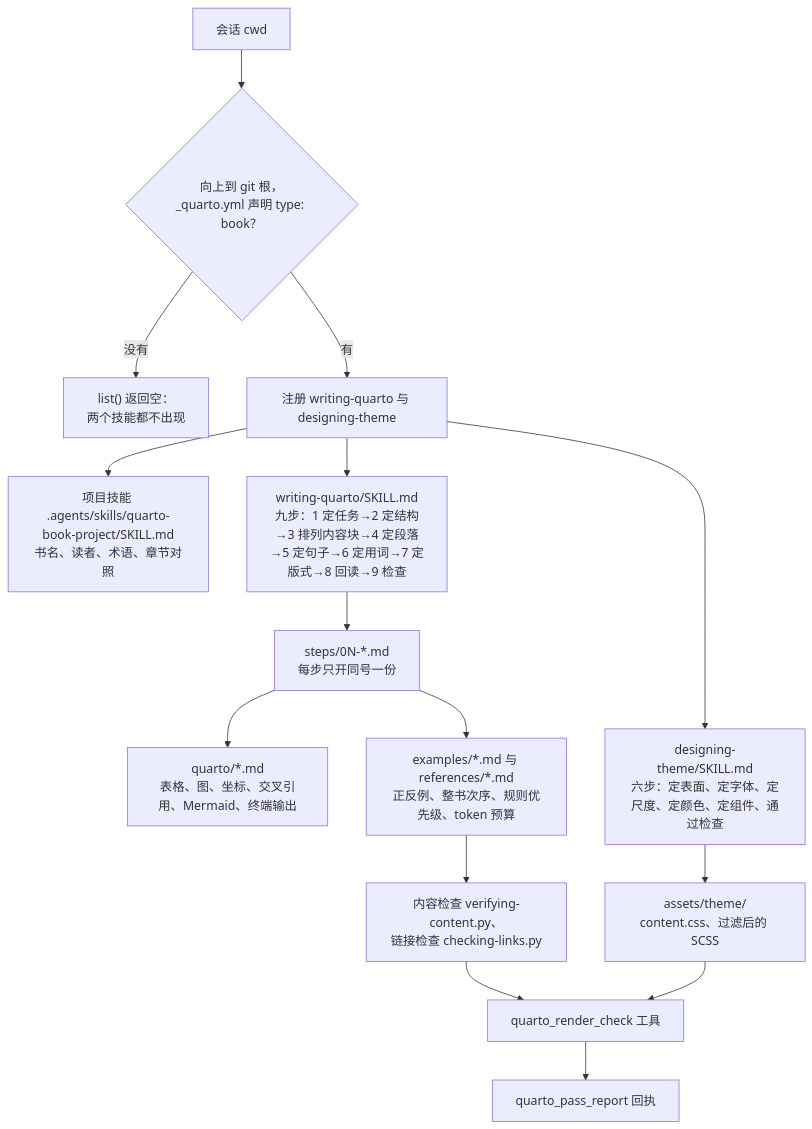
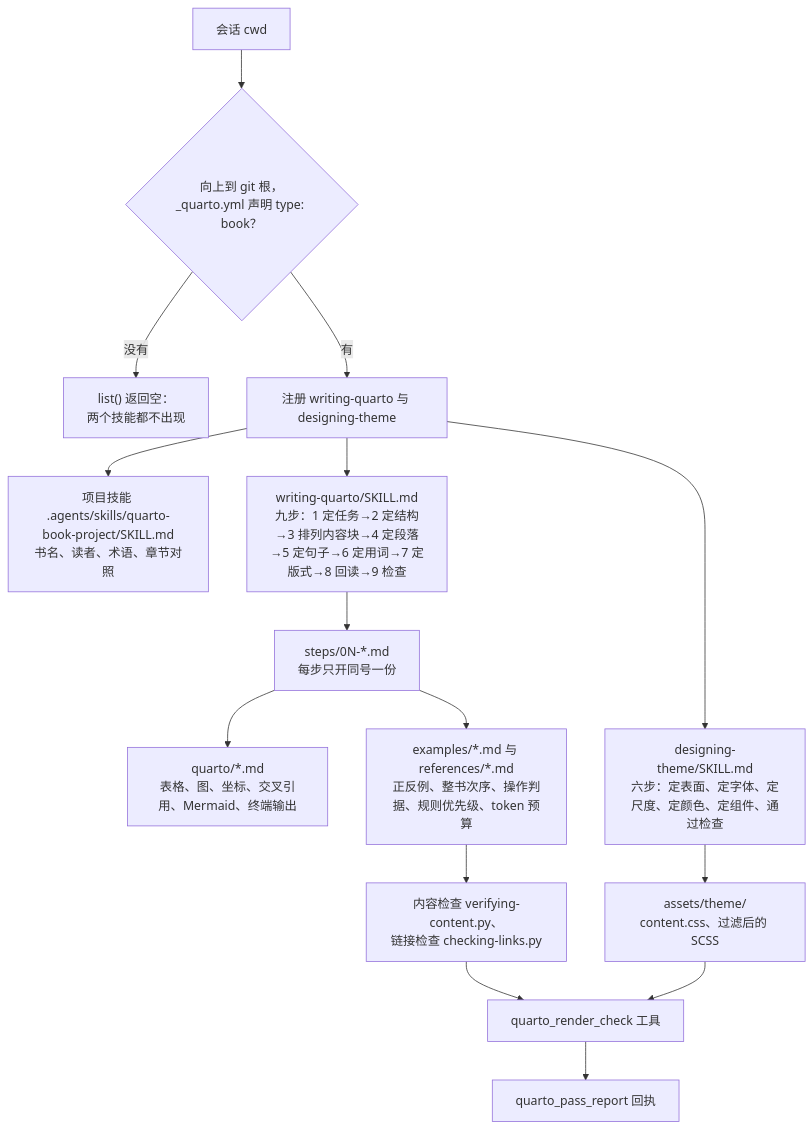
The diagram in docs/architecture.md (chengzhao-dev/dsh-quarto-book), drawn with Mermaid before and after one commit. The commit also changed 13 other files, not shown here.

````diff
--- a/docs/architecture.md
+++ b/docs/architecture.md
@@ -7,17 +7,17 @@
 ```mermaid
 flowchart TD
     A["会话 cwd"] --> B{"向上到 git 根，<br/>_quarto.yml 声明 type: book？"}
     B -- 没有 --> C["list() 返回空：<br/>两个技能都不出现"]
     B -- 有 --> D["注册 writing-quarto 与 designing-theme"]
     D --> E["项目技能 .agents/skills/quarto-book-project/SKILL.md<br/>书名、读者、术语、章节对照"]
     D --> F["writing-quarto/SKILL.md<br/>九步：1 定任务→2 定结构→3 排列内容块→4 定段落→5 定句子→6 定用词→7 定版式→8 回读→9 检查"]
     F --> G["steps/0N-*.md<br/>每步只开同号一份"]
     G --> H["quarto/*.md<br/>表格、图、坐标、交叉引用、Mermaid、终端输出"]
-    G --> I["examples/*.md 与 references/*.md<br/>正反例、整书次序、规则优先级、token 预算"]
+    G --> I["examples/*.md 与 references/*.md<br/>正反例、整书次序、操作判据、规则优先级、token 预算"]
     I --> J["内容检查 verifying-content.py、<br/>链接检查 checking-links.py"]
     D --> K["designing-theme/SKILL.md<br/>六步：定表面、定字体、定尺度、定颜色、定组件、通过检查"]
     K --> L["assets/theme/<br/>content.css、过滤后的 SCSS"]
     J --> M["quarto_render_check 工具"]
     L --> M
     M --> N["quarto_pass_report 回执"]
 ```
````
